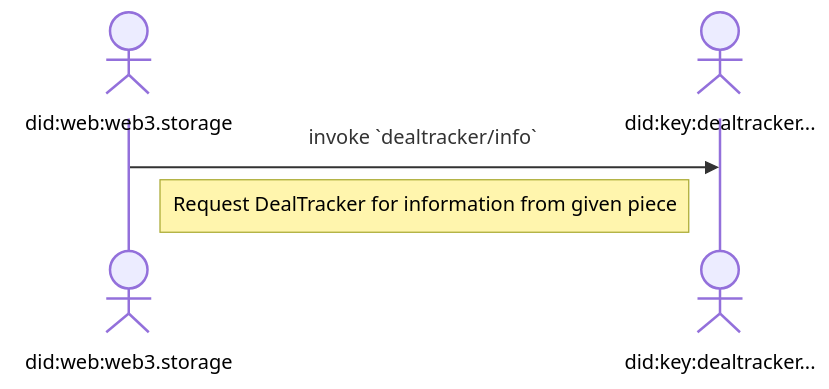
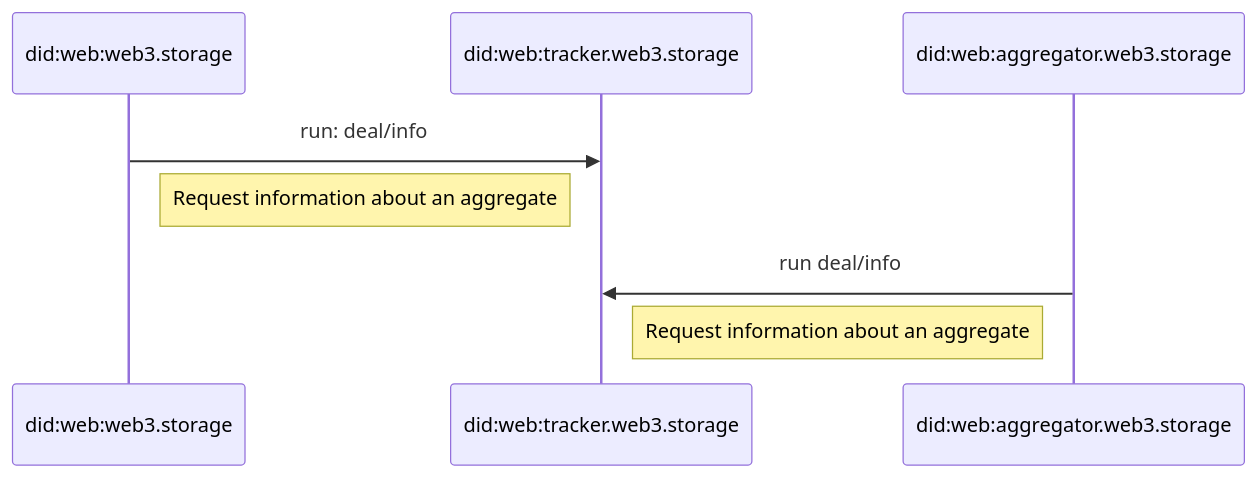
One commit to storacha/specs changed the fourth of 4 diagrams in w3-filecoin.md. Above: the diagram before and after it, drawn with Mermaid. The commit also changed other lines of this file, not shown here.

Commit message:
feat: update per diagram

````diff
--- a/w3-filecoin.md
+++ b/w3-filecoin.md
@@ -201,8 +220,11 @@
 ```mermaid
 sequenceDiagram
-    actor Storefront as <br/><br/>did:web:web3.storage
-    actor DealTracker as <br/><br/>did:key:dealtracker...
+    participant Storefront as <br/>did:web:web3.storage<br/>
+    participant DealTracker as <br/>did:web:tracker.web3.storage<br/>
+    participant Aggregator as <br/>did:web:aggregator.web3.storage<br/>
 
-    Storefront->>DealTracker: invoke `dealtracker/info`
-    Note left of DealTracker: Request DealTracker for information from given piece
+    Storefront->>DealTracker: run: deal/info
+    Note left of DealTracker: Request information about an aggregate
+    Aggregator->>DealTracker: run deal/info
+    Note right of DealTracker: Request information about an aggregate
 ```
````
